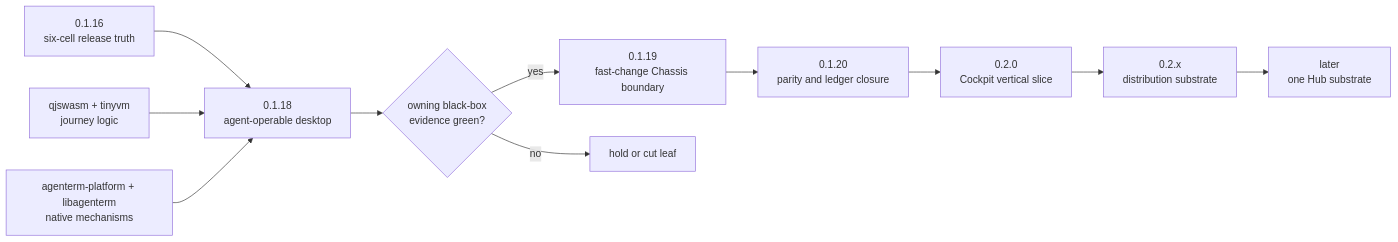
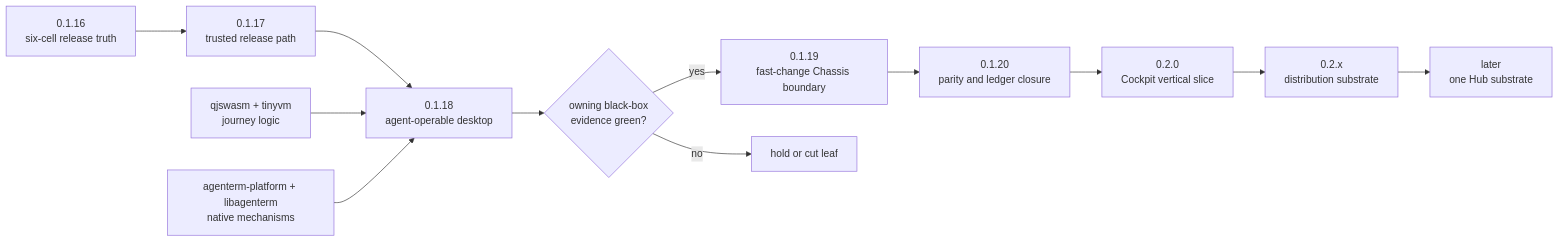
Before and after one commit to partnernetsoftware/agenterm: the diagram in plan/roadmap-0.1x-0.2x.md, drawn with Mermaid. The commit also changed other lines of this file and 9 other files, not shown here.

Commit message:
docs(release): plan trusted v0.1.17 path

````diff
--- a/plan/roadmap-0.1x-0.2x.md
+++ b/plan/roadmap-0.1x-0.2x.md
@@ -30,20 +35,21 @@
 ```mermaid
 flowchart LR
   R16["0.1.16<br/>six-cell release truth"]
+  R17["0.1.17<br/>trusted release path"]
   CU["0.1.18<br/>agent-operable desktop"]
   Q["qjswasm + tinyvm<br/>journey logic"]
   P["agenterm-platform + libagenterm<br/>native mechanisms"]
   CH["0.1.19<br/>fast-change Chassis boundary"]
   CL["0.1.20<br/>parity and ledger closure"]
   CC["0.2.0<br/>Cockpit vertical slice"]
   D["0.2.x<br/>distribution substrate"]
   H["later<br/>one Hub substrate"]
   K{"owning black-box<br/>evidence green?"}
   CUT["hold or cut leaf"]
 
-  R16 --> CU
+  R16 --> R17 --> CU
   Q & P --> CU
   CU --> K
   K -->|yes| CH --> CL --> CC --> D --> H
   K -->|no| CUT
 ```
````
